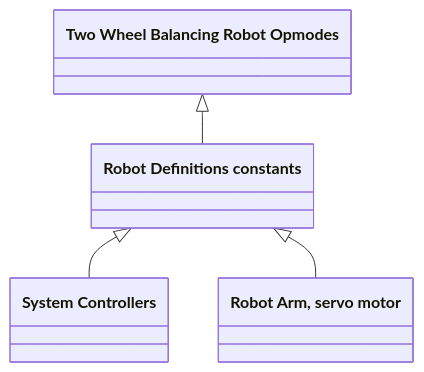
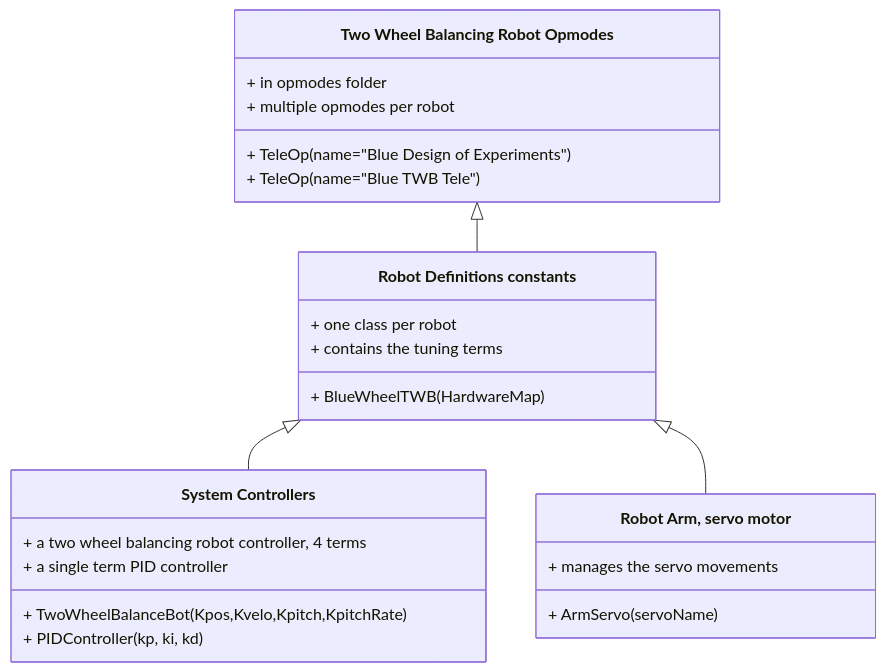
The diagram in README.md (FIRST-4030/Two-Wheel-Balance-Bot), drawn with Mermaid before and after one commit. The commit also changed other lines of this file, not shown here.

````diff
--- a/README.md
+++ b/README.md
@@ -6,11 +7,28 @@
 ```mermaid
 classDiagram
-    class opmodes["Two Wheel Balancing Robot **Opmodes**"]
-    class robots["Robot Definitions **constants**"]
-    class controllers["System Controllers"]
-    class arm["Robot Arm, servo motor"]
+    class opmodes["Two Wheel Balancing Robot **Opmodes**"] {
+      + in opmodes folder
+      + multiple opmodes per robot
+      + TeleOp (name="Blue Design of Experiments")
+      + TeleOp (name="Blue TWB Tele")
+    }
+    class robots["Robot Definitions constants"] {
+      + one class per robot
+      + contains the tuning terms
+      + BlueWheelTWB(HardwareMap)
+    }
+    class controllers["System Controllers"] {
+      + a two wheel balancing robot controller, 4 terms
+      + a single term PID controller
+      + TwoWheelBalanceBot(Kpos,Kvelo,Kpitch,KpitchRate)
+      + PIDController(kp, ki, kd)
+    }
+    class arm["Robot Arm, servo motor"] {
+      + manages the servo movements
+      + ArmServo(servoName)
+    }
     opmodes <|-- robots
     robots <|-- controllers
     robots <|-- arm
 
 ```
````
